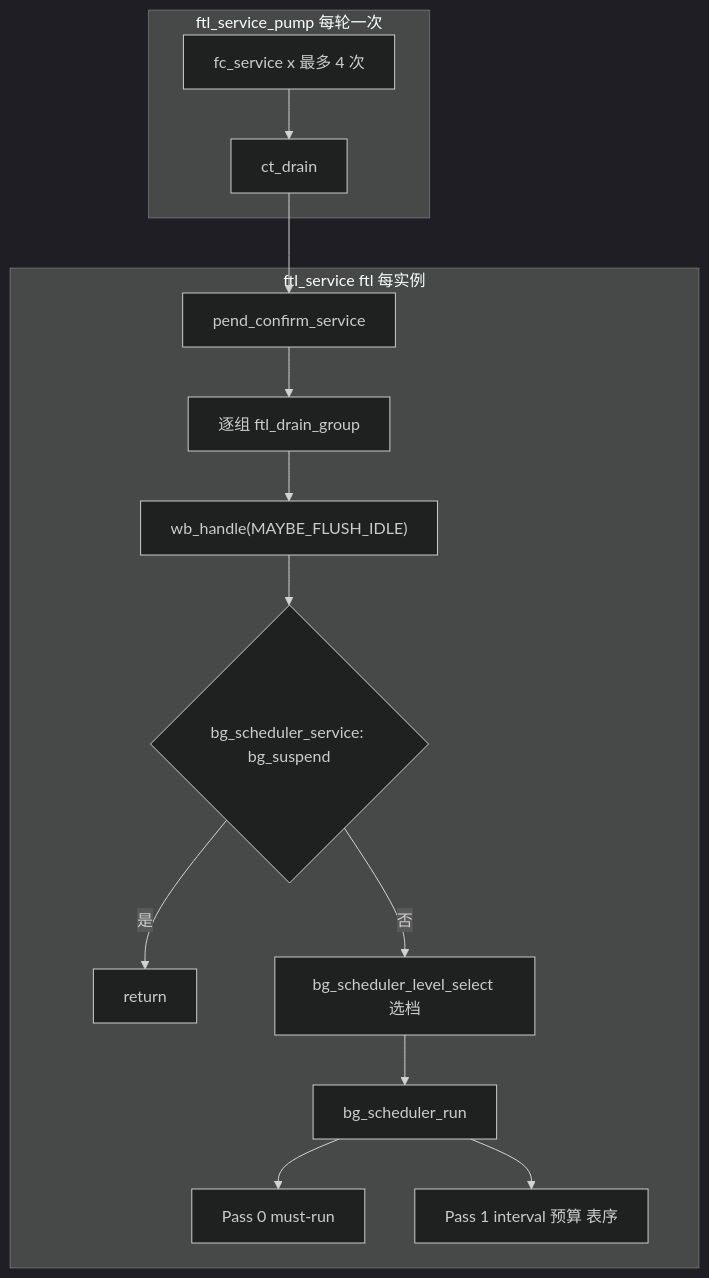
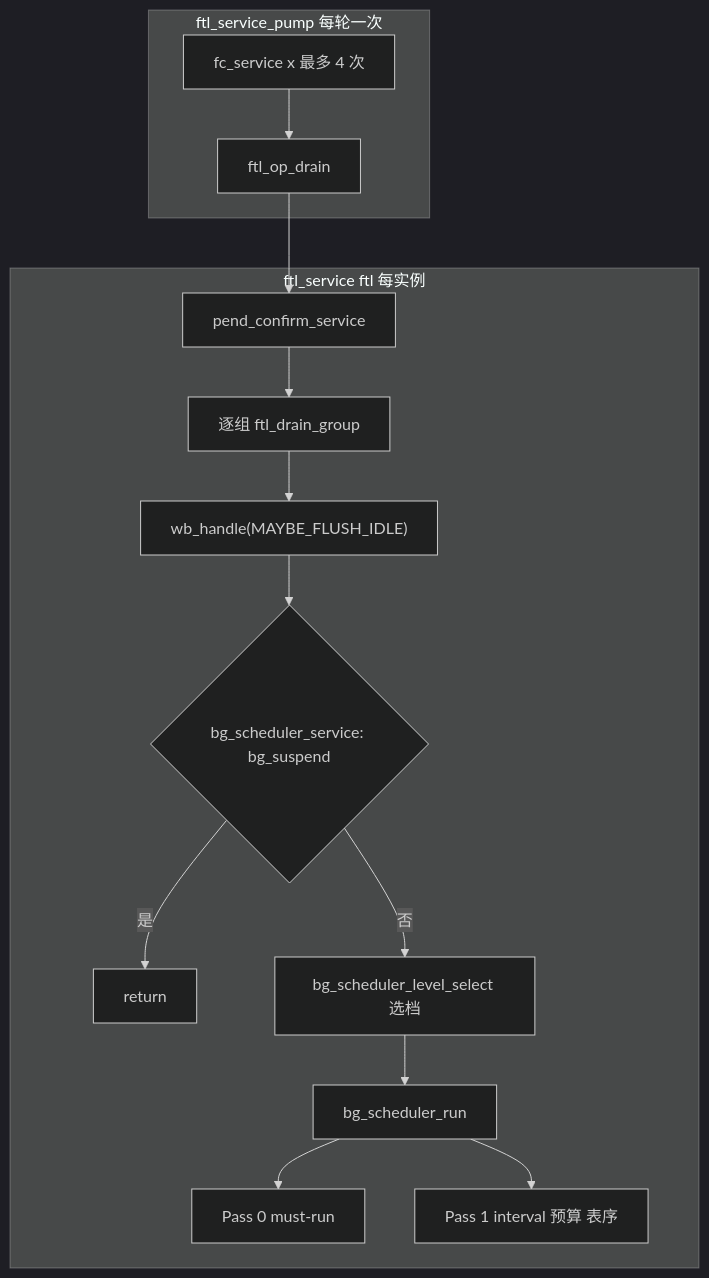
One commit to YzYMIAO/BASESSD changed diagram 20 of 32 in docs/design/ftl_design.md. Above: the diagram before and after it, drawn with Mermaid (dark theme). The commit also changed other lines of this file and 20 other files, not shown here.

````diff
--- a/docs/design/ftl_design.md
+++ b/docs/design/ftl_design.md
@@ -3236,17 +3236,17 @@
 ```mermaid
 flowchart TB
     subgraph "ftl_service_pump 每轮一次"
-        P1["fc_service x 最多 4 次"] --> P2["ct_drain"]
+        P1["fc_service x 最多 4 次"] --> P2["ftl_op_drain"]
     end
     subgraph "ftl_service ftl 每实例"
         S1["pend_confirm_service"] --> S2["逐组 ftl_drain_group"]
         S2 --> S3["wb_handle(MAYBE_FLUSH_IDLE)"]
         S3 --> S4{"bg_scheduler_service: bg_suspend"}
         S4 -- "是" --> S5["return"]
         S4 -- "否" --> S6["bg_scheduler_level_select 选档"]
         S6 --> S7["bg_scheduler_run"]
         S7 --> S8["Pass 0 must-run"]
         S7 --> S9["Pass 1 interval 预算 表序"]
     end
     P2 --> S1
 ```
````
